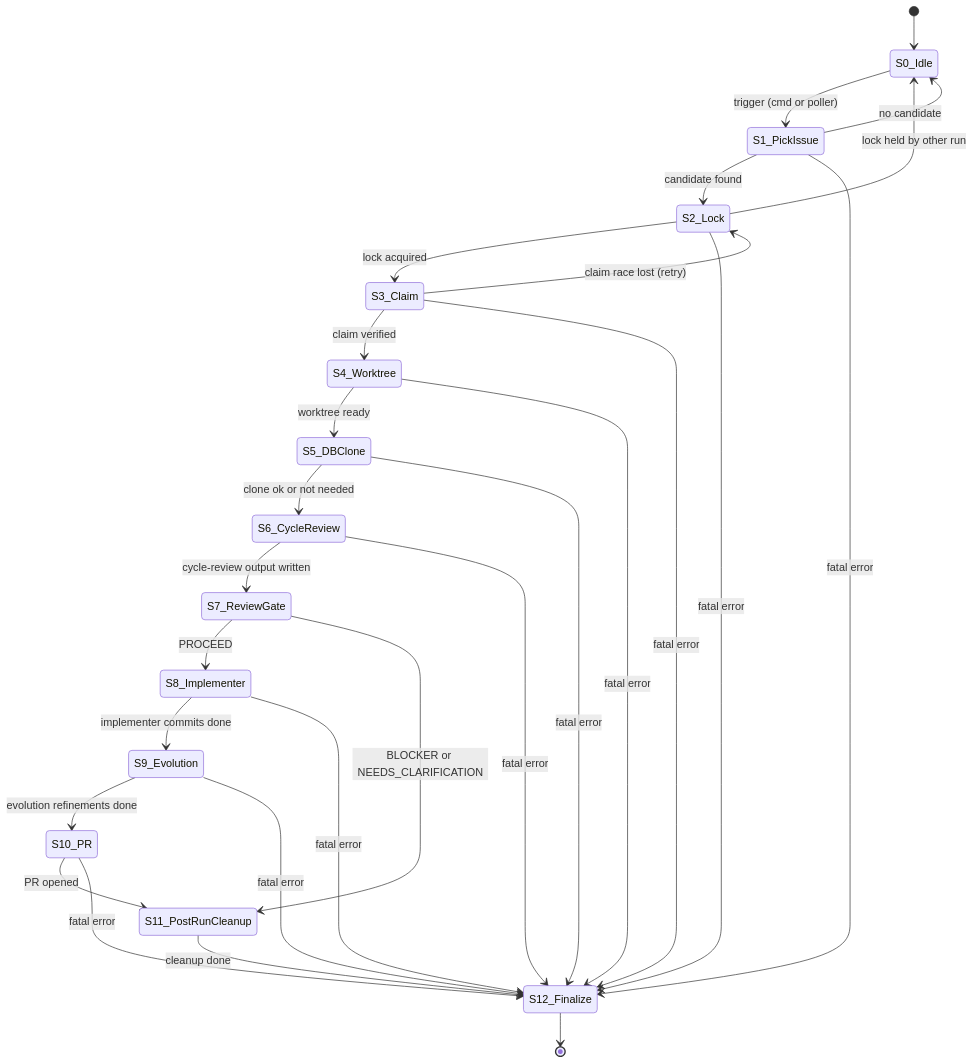
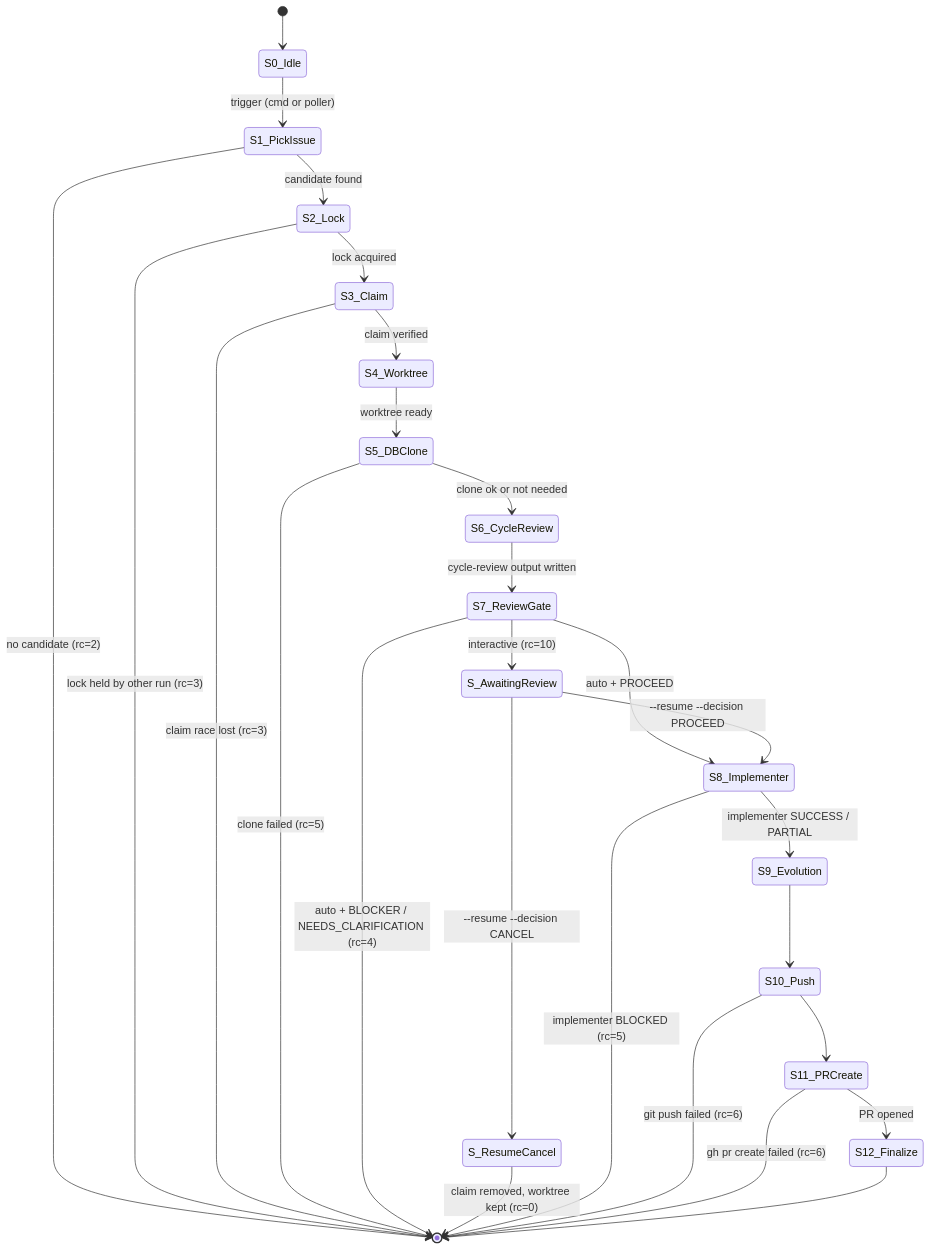
The diagram in docs/diagrams/run-issues-state-machine.mmd (Silon-Oy/silon-issue-runner), drawn with Mermaid before and after one commit. The commit also changed 2 other files, not shown here.

```diff
--- a/docs/diagrams/run-issues-state-machine.mmd
+++ b/docs/diagrams/run-issues-state-machine.mmd
@@ -1,39 +1,49 @@
 %% /run-issues orchestrator — state machine
 %% Source of truth for orchestrate.sh control flow. Update both together.
+%%
+%% Two-phase resume-capable machine:
+%%   Phase A (S1..S6) runs from start. Review gate (S7) either decides
+%%   automatically (RUN_ISSUES_AUTO=1) and continues to Phase B in the
+%%   same invocation, or exits 10 ("awaiting_review") preserving lock +
+%%   claim + worktree. A separate --resume <run-dir> --decision
+%%   PROCEED|CANCEL invocation jumps to Phase B (S8..S12) or to
+%%   resume_cancel.
 stateDiagram-v2
     [*] --> S0_Idle
 
+    %% ----- Phase A: pick → cycle-review -----
     S0_Idle --> S1_PickIssue: trigger (cmd or poller)
     S1_PickIssue --> S2_Lock: candidate found
-    S1_PickIssue --> S0_Idle: no candidate
+    S1_PickIssue --> [*]: no candidate (rc=2)
 
     S2_Lock --> S3_Claim: lock acquired
-    S2_Lock --> S0_Idle: lock held by other run
+    S2_Lock --> [*]: lock held by other run (rc=3)
 
     S3_Claim --> S4_Worktree: claim verified
-    S3_Claim --> S2_Lock: claim race lost (retry)
+    S3_Claim --> [*]: claim race lost (rc=3)
 
     S4_Worktree --> S5_DBClone: worktree ready
     S5_DBClone --> S6_CycleReview: clone ok or not needed
+    S5_DBClone --> [*]: clone failed (rc=5)
 
     S6_CycleReview --> S7_ReviewGate: cycle-review output written
-    S7_ReviewGate --> S8_Implementer: PROCEED
-    S7_ReviewGate --> S11_PostRunCleanup: BLOCKER or NEEDS_CLARIFICATION
 
-    S8_Implementer --> S9_Evolution: implementer commits done
-    S9_Evolution --> S10_PR: evolution refinements done
-    S10_PR --> S11_PostRunCleanup: PR opened
+    %% ----- Review gate: auto resolves in-process; interactive exits 10 -----
+    S7_ReviewGate --> S8_Implementer: auto + PROCEED
+    S7_ReviewGate --> [*]: auto + BLOCKER / NEEDS_CLARIFICATION (rc=4)
+    S7_ReviewGate --> S_AwaitingReview: interactive (rc=10)
 
-    S11_PostRunCleanup --> S12_Finalize: cleanup done
+    %% ----- Resume entry from awaiting_review -----
+    S_AwaitingReview --> S8_Implementer: --resume --decision PROCEED
+    S_AwaitingReview --> S_ResumeCancel: --resume --decision CANCEL
+    S_ResumeCancel --> [*]: claim removed, worktree kept (rc=0)
+
+    %% ----- Phase B: implementer → PR -----
+    S8_Implementer --> S9_Evolution: implementer SUCCESS / PARTIAL
+    S8_Implementer --> [*]: implementer BLOCKED (rc=5)
+    S9_Evolution --> S10_Push
+    S10_Push --> S11_PRCreate
+    S10_Push --> [*]: git push failed (rc=6)
+    S11_PRCreate --> S12_Finalize: PR opened
+    S11_PRCreate --> [*]: gh pr create failed (rc=6)
     S12_Finalize --> [*]
-
-    %% Failure transitions can occur from any active state into Finalize
-    S1_PickIssue --> S12_Finalize: fatal error
-    S2_Lock --> S12_Finalize: fatal error
-    S3_Claim --> S12_Finalize: fatal error
-    S4_Worktree --> S12_Finalize: fatal error
-    S5_DBClone --> S12_Finalize: fatal error
-    S6_CycleReview --> S12_Finalize: fatal error
-    S8_Implementer --> S12_Finalize: fatal error
-    S9_Evolution --> S12_Finalize: fatal error
-    S10_PR --> S12_Finalize: fatal error
```
